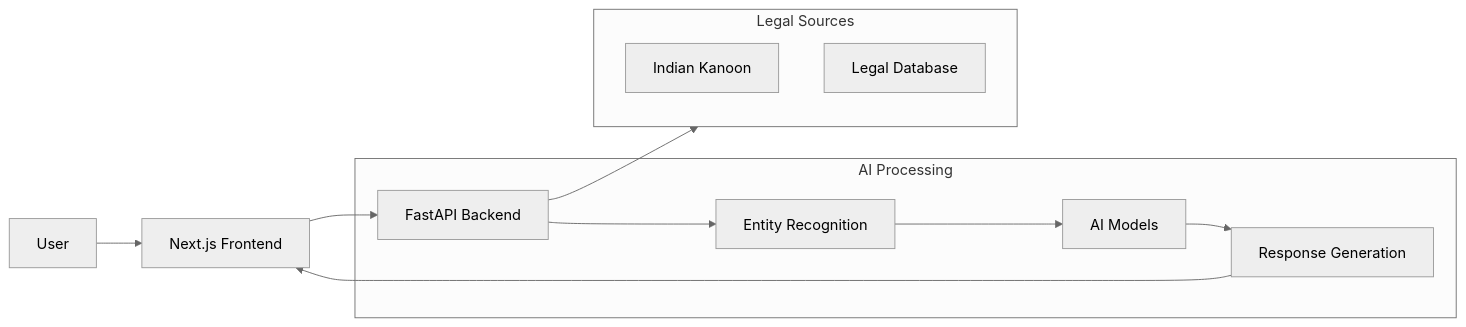
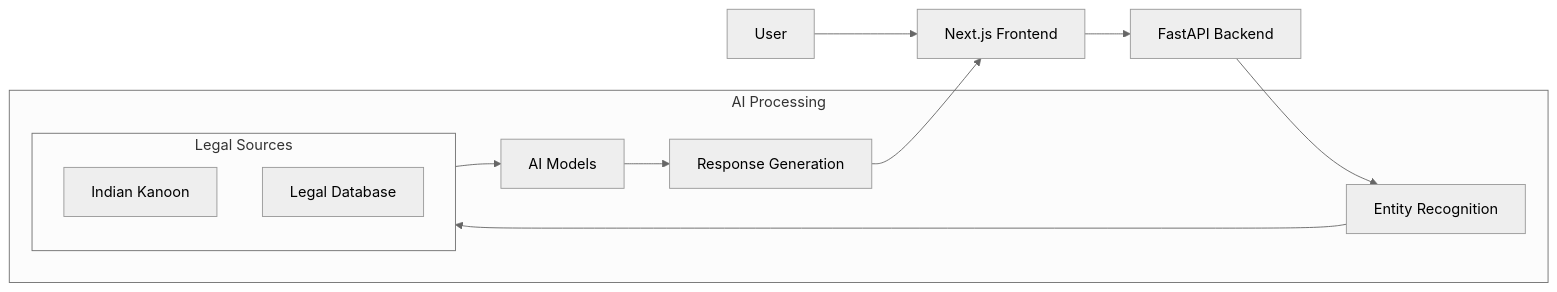
One commit to rxhulshxrmx/chat_legalist changed the diagram in README.md. Above: the diagram before and after it, drawn with Mermaid (neutral theme).

Commit message:
docs: Fix logical flow in architecture diagram (NER before DB query)

````diff
--- a/README.md
+++ b/README.md
@@ -32,19 +32,19 @@
 ```mermaid
 flowchart LR
     User[User] --> Frontend[Next.js Frontend]
     Frontend --> Backend[FastAPI Backend]
+    Backend --> NER[Entity Recognition]
     
     subgraph AI[AI Processing]
-        Backend --> NER[Entity Recognition]
-        NER --> LLM[AI Models]
+        NER --> DB
+        DB --> LLM[AI Models]
         LLM --> Response[Response Generation]
     end
     
     subgraph DB[Legal Sources]
         IK[Indian Kanoon]
         Laws[Legal Database]
     end
     
-    Backend --> DB
     Response --> Frontend
 ```
````
